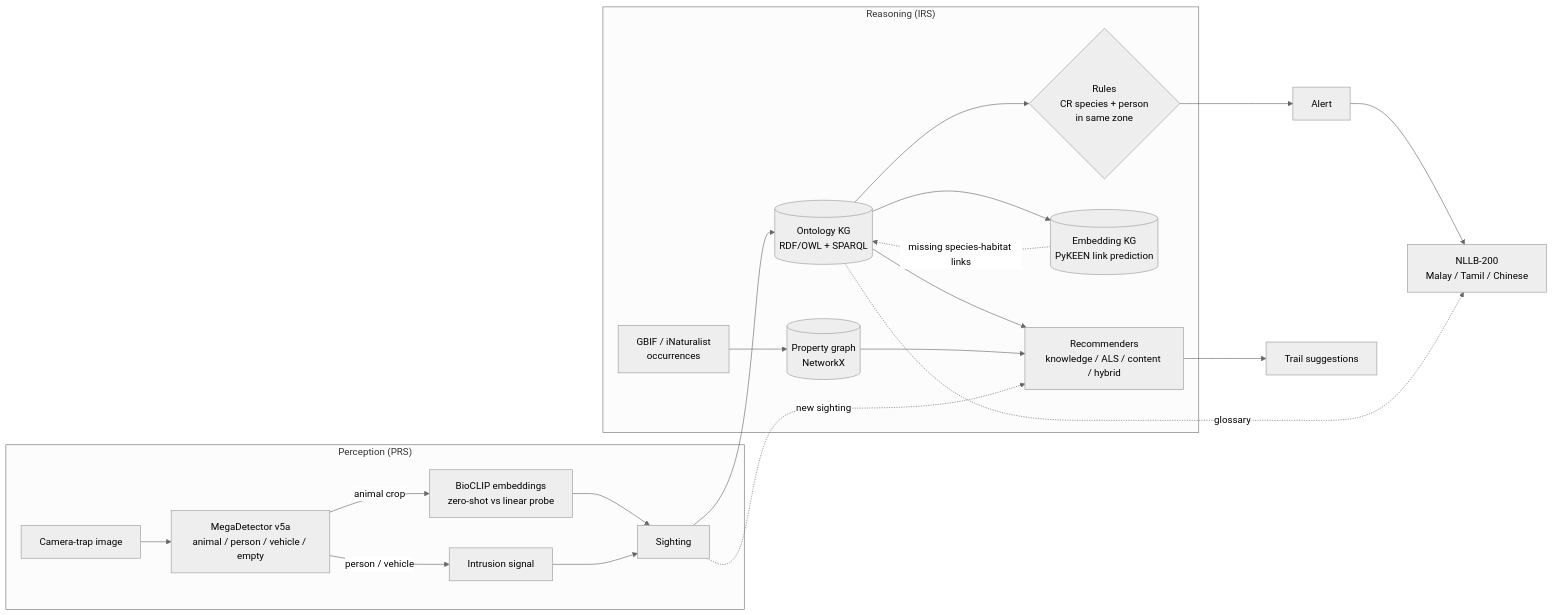
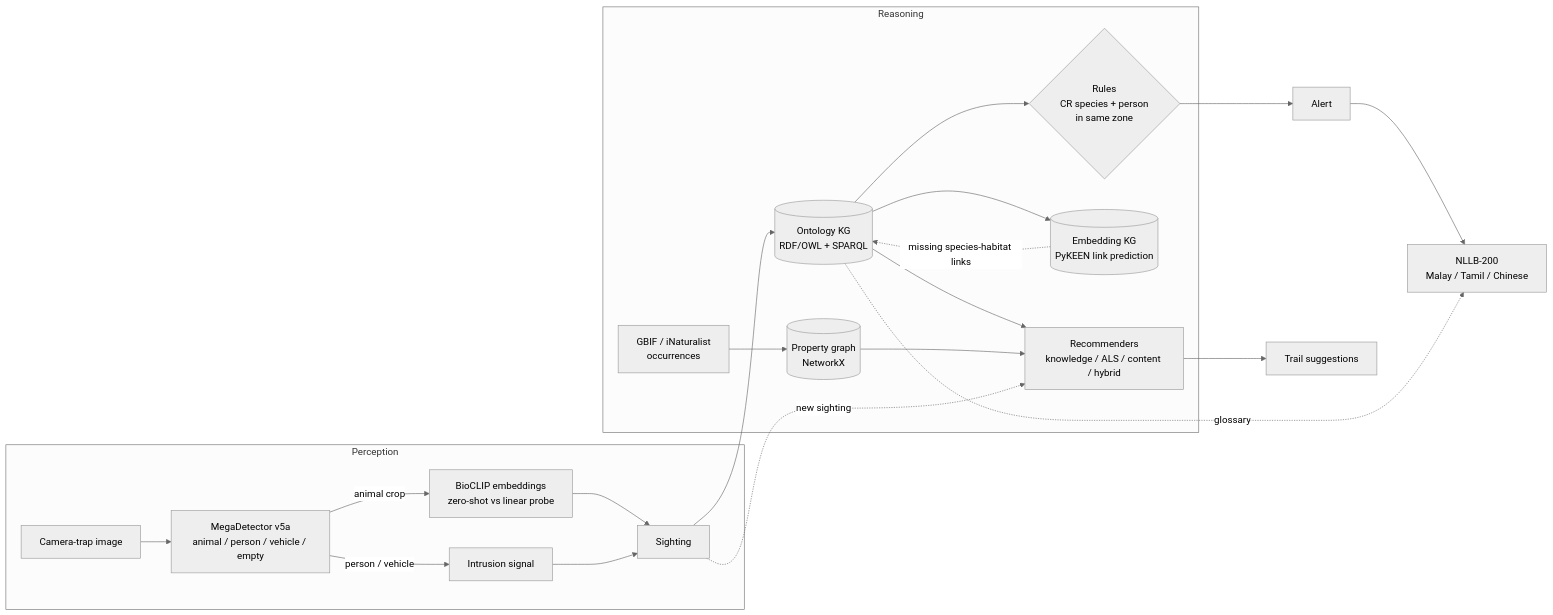
Before and after one commit to datakeep64/wildlife-intelligence-system: the diagram in README.md, drawn with Mermaid (neutral theme). The commit also changed other lines of this file and 8 other files, not shown here.

Commit message:
Use neutral perception/reasoning wording in docs instead of course labels

````diff
--- a/README.md
+++ b/README.md
@@ -17,24 +17,24 @@
 ```mermaid
 flowchart LR
-  subgraph PRS["Perception (PRS)"]
+  subgraph PER["Perception"]
     CT[Camera-trap image] --> MD[MegaDetector v5a<br/>animal / person / vehicle / empty]
     MD -- animal crop --> BC[BioCLIP embeddings<br/>zero-shot vs linear probe]
     MD -- person / vehicle --> INT[Intrusion signal]
     BC --> S[Sighting]
     INT --> S
   end
-  subgraph IRS["Reasoning (IRS)"]
+  subgraph REA["Reasoning"]
     S --> OKG[(Ontology KG<br/>RDF/OWL + SPARQL)]
     OKG --> RULES{Rules<br/>CR species + person<br/>in same zone}
     GBIF[GBIF / iNaturalist<br/>occurrences] --> PG[(Property graph<br/>NetworkX)]
     OKG --> EKG[(Embedding KG<br/>PyKEEN link prediction)]
     EKG -. missing species-habitat links .-> OKG
     OKG --> REC[Recommenders<br/>knowledge / ALS / content / hybrid]
     PG --> REC
   end
   RULES --> AL[Alert]
   AL --> NLLB[NLLB-200<br/>Malay / Tamil / Chinese]
   OKG -. glossary .-> NLLB
   S -. new sighting .-> REC
   REC --> TRAIL[Trail suggestions]
 ```
````
